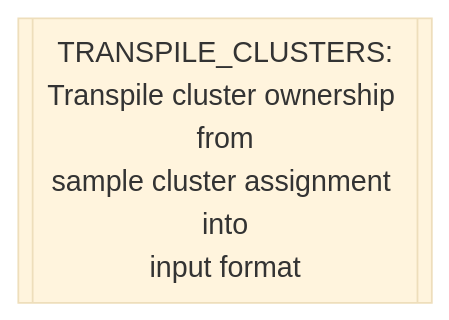
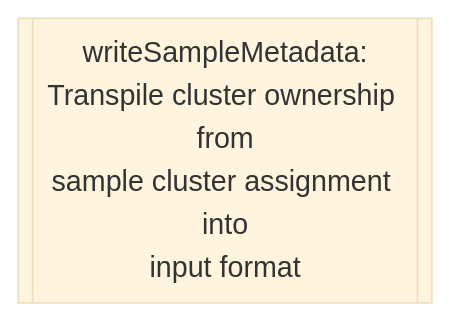
One commit to Tuks-ICMM/Pharmacogenetic-Analysis-Pipeline changed diagram 21 of 26 in docs/02-workflow/02-analysis.md. Above: the diagram before and after it, drawn with Mermaid (base theme). The commit also changed other lines of this file, not shown here.

````diff
--- a/docs/02-workflow/02-analysis.md
+++ b/docs/02-workflow/02-analysis.md
@@ -145,4 +402,4 @@
-```mermaid
-flowchart TD
-TRANSPILE_CLUSTERS[[TRANSPILE_CLUSTERS:\nTranspile cluster ownership from\nsample cluster assignment into\ninput format]]
-```
+  ```mermaid
+  flowchart TD
+  writeSampleMetadata[[writeSampleMetadata:\nTranspile cluster ownership from\nsample cluster assignment into\ninput format]]
+  ```
````
